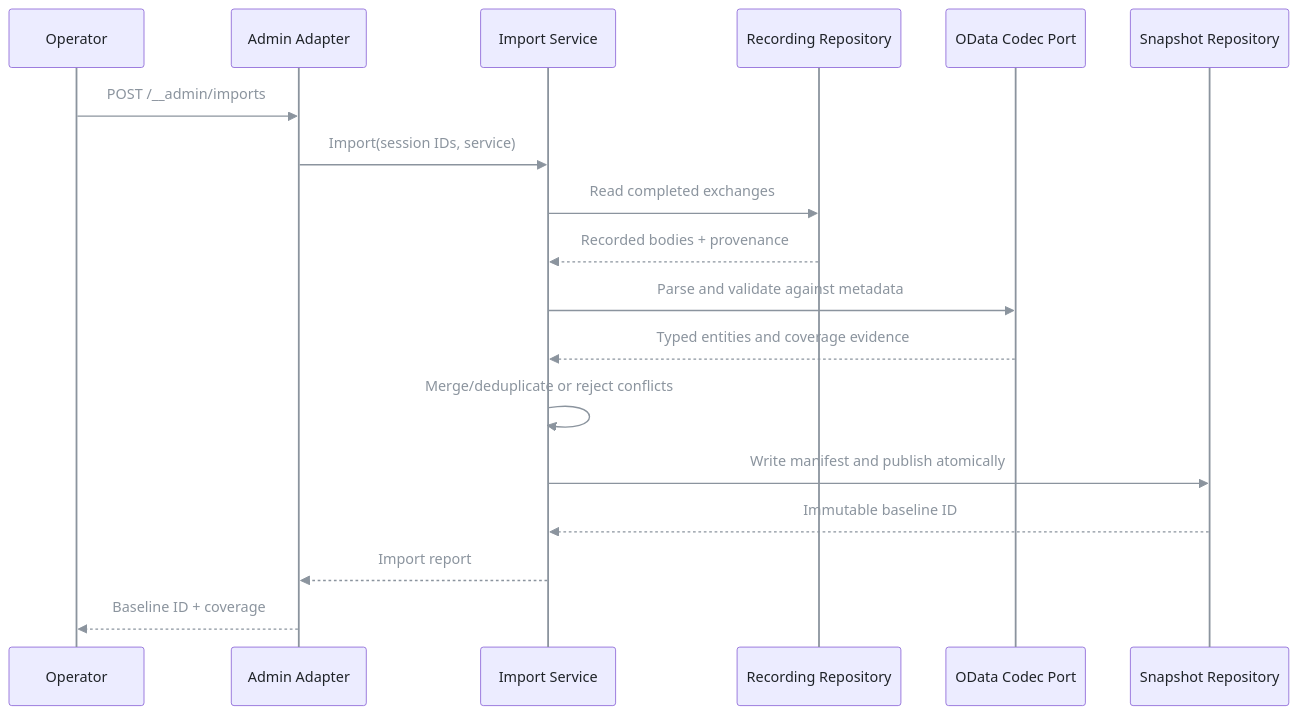
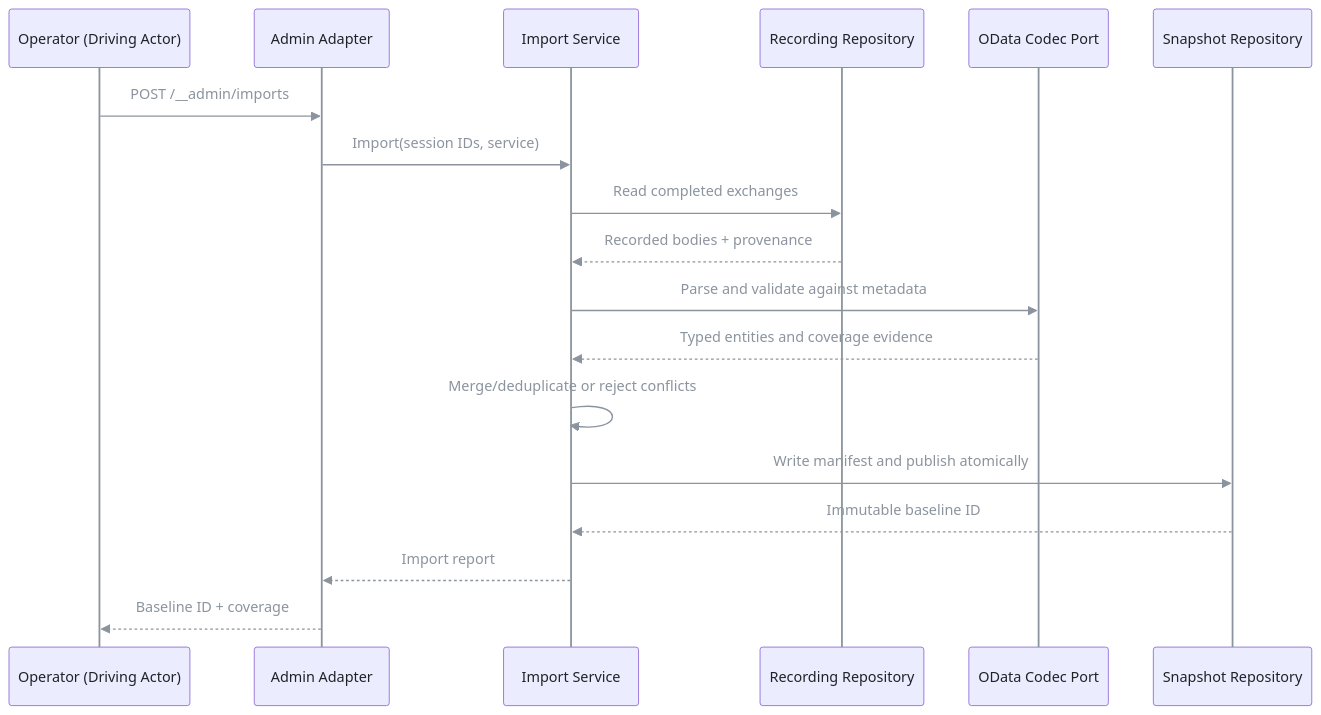
One commit to pt9912/odata-recorder changed the third of 11 diagrams in spec/architecture.md. Above: the diagram before and after it, drawn with Mermaid. The commit also changed other lines of this file and 4 other files, not shown here.

````diff
--- a/spec/architecture.md
+++ b/spec/architecture.md
@@ -247,21 +258,21 @@
 ```mermaid
 %%{init: {'themeVariables': {'lineColor': '#8b949e', 'signalColor': '#8b949e', 'signalTextColor': '#8b949e', 'actorLineColor': '#8b949e', 'loopTextColor': '#8b949e', 'textColor': '#c9d1d9', 'primaryTextColor': '#1f2328', 'nodeTextColor': '#1f2328', 'actorTextColor': '#1f2328', 'noteTextColor': '#1f2328', 'edgeLabelBackground': '#30363d'}}}%%
 sequenceDiagram
-    participant O as Operator
+    participant O as Operator (Driving Actor)
     participant A as Admin Adapter
     participant I as Import Service
     participant R as Recording Repository
     participant C as OData Codec Port
     participant S as Snapshot Repository
     O->>A: POST /__admin/imports
     A->>I: Import(session IDs, service)
     I->>R: Read completed exchanges
     R-->>I: Recorded bodies + provenance
     I->>C: Parse and validate against metadata
     C-->>I: Typed entities and coverage evidence
     I->>I: Merge/deduplicate or reject conflicts
     I->>S: Write manifest and publish atomically
     S-->>I: Immutable baseline ID
     I-->>A: Import report
     A-->>O: Baseline ID + coverage
 ```
````
